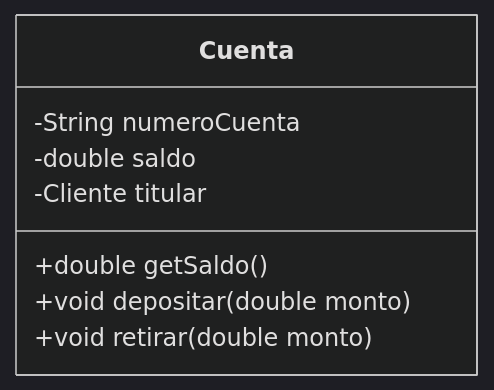
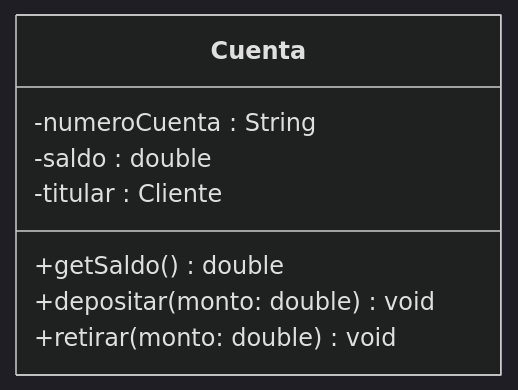
Before and after one commit to santiagoSuarez219/nodo-edu: the second of 3 diagrams in content/cursos/estructuras-de-datos/introduccion-al-uml.mdx, drawn with Mermaid (dark theme). The commit also changed other lines of this file, not shown here.

First line of the commit message:
fix(estructuras-de-datos): unify UML notation in introduccion-al-uml

````diff
--- a/content/cursos/estructuras-de-datos/introduccion-al-uml.mdx
+++ b/content/cursos/estructuras-de-datos/introduccion-al-uml.mdx
@@ -75,11 +75,11 @@
 ```mermaid
 classDiagram
   class Cuenta {
-    -String numeroCuenta
-    -double saldo
-    -Cliente titular
-    +double getSaldo()
-    +void depositar(double monto)
-    +void retirar(double monto)
+    -numeroCuenta : String
+    -saldo : double
+    -titular : Cliente
+    +getSaldo() double
+    +depositar(monto: double) void
+    +retirar(monto: double) void
   }
 ```
````
